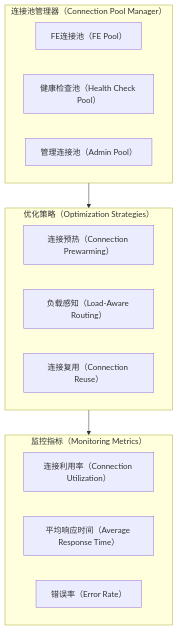
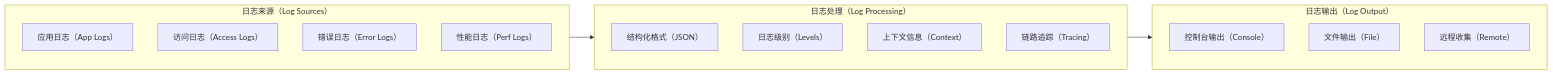
The eighth of 8 diagrams in docs/architecture.md (turtacn/staravail), drawn with Mermaid before and after one commit. The commit also changed other lines of this file and 42 other files, not shown here.

````diff
--- a/docs/architecture.md
+++ b/docs/architecture.md
@@ -327,24 +318,28 @@
 ```mermaid
-graph TD
-    %% 连接池架构
-    subgraph CP[连接池管理器（Connection Pool Manager）]
-        CP1[FE连接池（FE Pool）]
-        CP2[健康检查池（Health Check Pool）]
-        CP3[管理连接池（Admin Pool）]
+graph LR
+    %% 日志来源
+    subgraph LS[日志来源（Log Sources）]
+        A1[应用日志（App Logs）]
+        A2[访问日志（Access Logs）]
+        A3[错误日志（Error Logs）]
+        A4[性能日志（Perf Logs）]
     end
-    
-    subgraph OPT[优化策略（Optimization Strategies）]
-        OPT1[连接预热（Connection Prewarming）]
-        OPT2[负载感知（Load-Aware Routing）]
-        OPT3[连接复用（Connection Reuse）]
+
+    %% 日志处理
+    subgraph LP[日志处理（Log Processing）]
+        B1[结构化格式（JSON）]
+        B2[日志级别（Levels）]
+        B3[上下文信息（Context）]
+        B4[链路追踪（Tracing）]
     end
-    
-    subgraph MON[监控指标（Monitoring Metrics）]
-        MON1[连接利用率（Connection Utilization）]
-        MON2[平均响应时间（Average Response Time）]
-        MON3[错误率（Error Rate）]
+
+    %% 日志输出
+    subgraph LO[日志输出（Log Output）]
+        C1[控制台输出（Console）]
+        C2[文件输出（File）]
+        C3[远程收集（Remote）]
     end
-    
-    CP --> OPT
-    OPT --> MON
+
+    LS --> LP
+    LP --> LO
 ```
````
